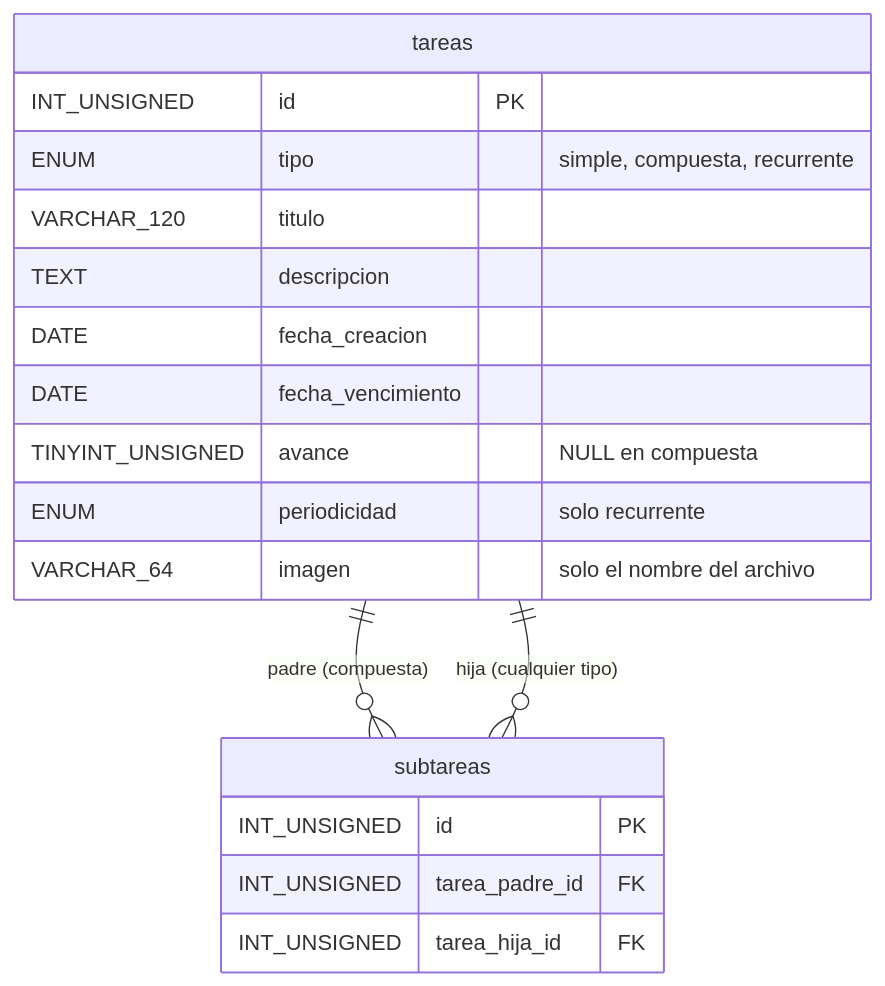
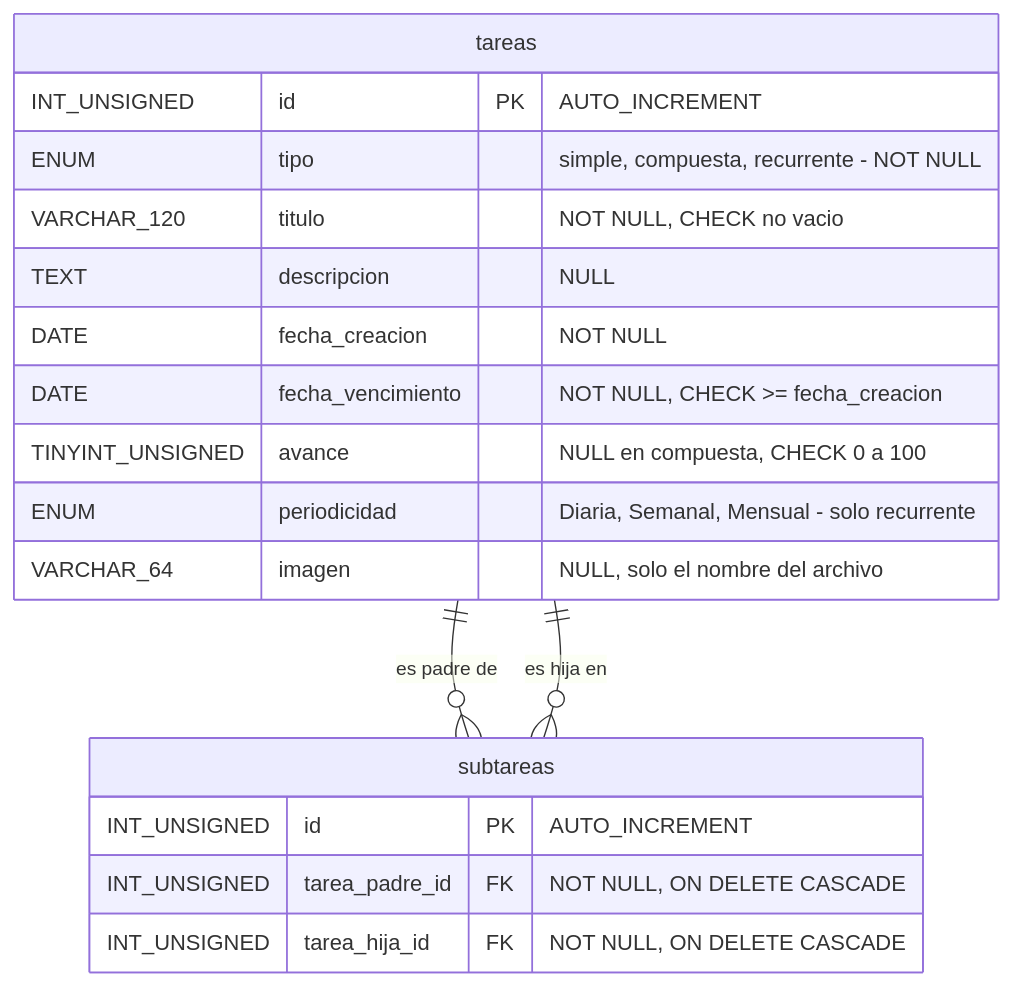
One commit to kevRodrguez/Taskify changed the first of 2 diagrams in docs/diagramas.md. Above: the diagram before and after it, drawn with Mermaid. The commit also changed other lines of this file and 36 other files, not shown here.

````diff
--- a/docs/diagramas.md
+++ b/docs/diagramas.md
@@ -10,21 +9,21 @@
 ```mermaid
 erDiagram
-    tareas ||--o{ subtareas : "padre (compuesta)"
-    tareas ||--o{ subtareas : "hija (cualquier tipo)"
+    tareas ||--o{ subtareas : "es padre de"
+    tareas ||--o{ subtareas : "es hija en"
     tareas {
-        INT_UNSIGNED id PK
-        ENUM tipo "simple, compuesta, recurrente"
-        VARCHAR_120 titulo
-        TEXT descripcion
-        DATE fecha_creacion
-        DATE fecha_vencimiento
-        TINYINT_UNSIGNED avance "NULL en compuesta"
-        ENUM periodicidad "solo recurrente"
-        VARCHAR_64 imagen "solo el nombre del archivo"
+        INT_UNSIGNED id PK "AUTO_INCREMENT"
+        ENUM tipo "simple, compuesta, recurrente - NOT NULL"
+        VARCHAR_120 titulo "NOT NULL, CHECK no vacio"
+        TEXT descripcion "NULL"
+        DATE fecha_creacion "NOT NULL"
+        DATE fecha_vencimiento "NOT NULL, CHECK >= fecha_creacion"
+        TINYINT_UNSIGNED avance "NULL en compuesta, CHECK 0 a 100"
+        ENUM periodicidad "Diaria, Semanal, Mensual - solo recurrente"
+        VARCHAR_64 imagen "NULL, solo el nombre del archivo"
     }
     subtareas {
-        INT_UNSIGNED id PK
-        INT_UNSIGNED tarea_padre_id FK
-        INT_UNSIGNED tarea_hija_id FK
+        INT_UNSIGNED id PK "AUTO_INCREMENT"
+        INT_UNSIGNED tarea_padre_id FK "NOT NULL, ON DELETE CASCADE"
+        INT_UNSIGNED tarea_hija_id FK "NOT NULL, ON DELETE CASCADE"
     }
 ```
````
